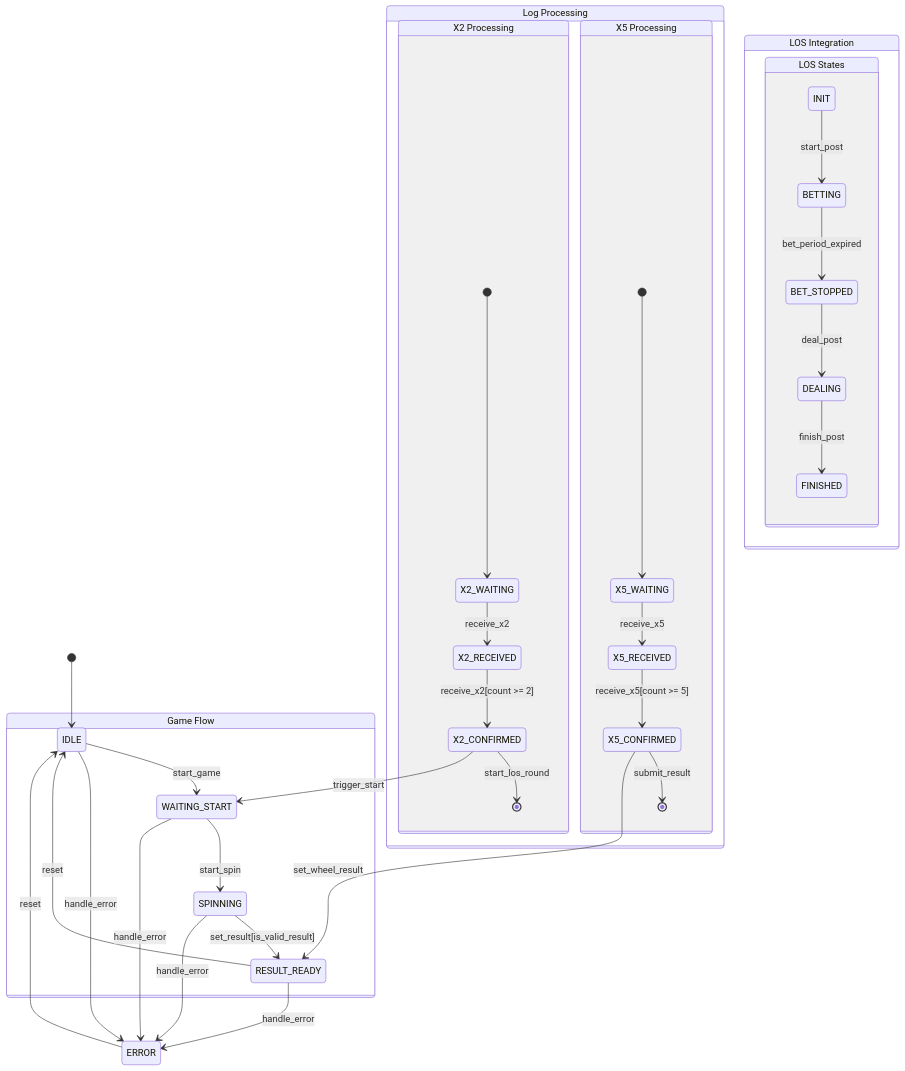
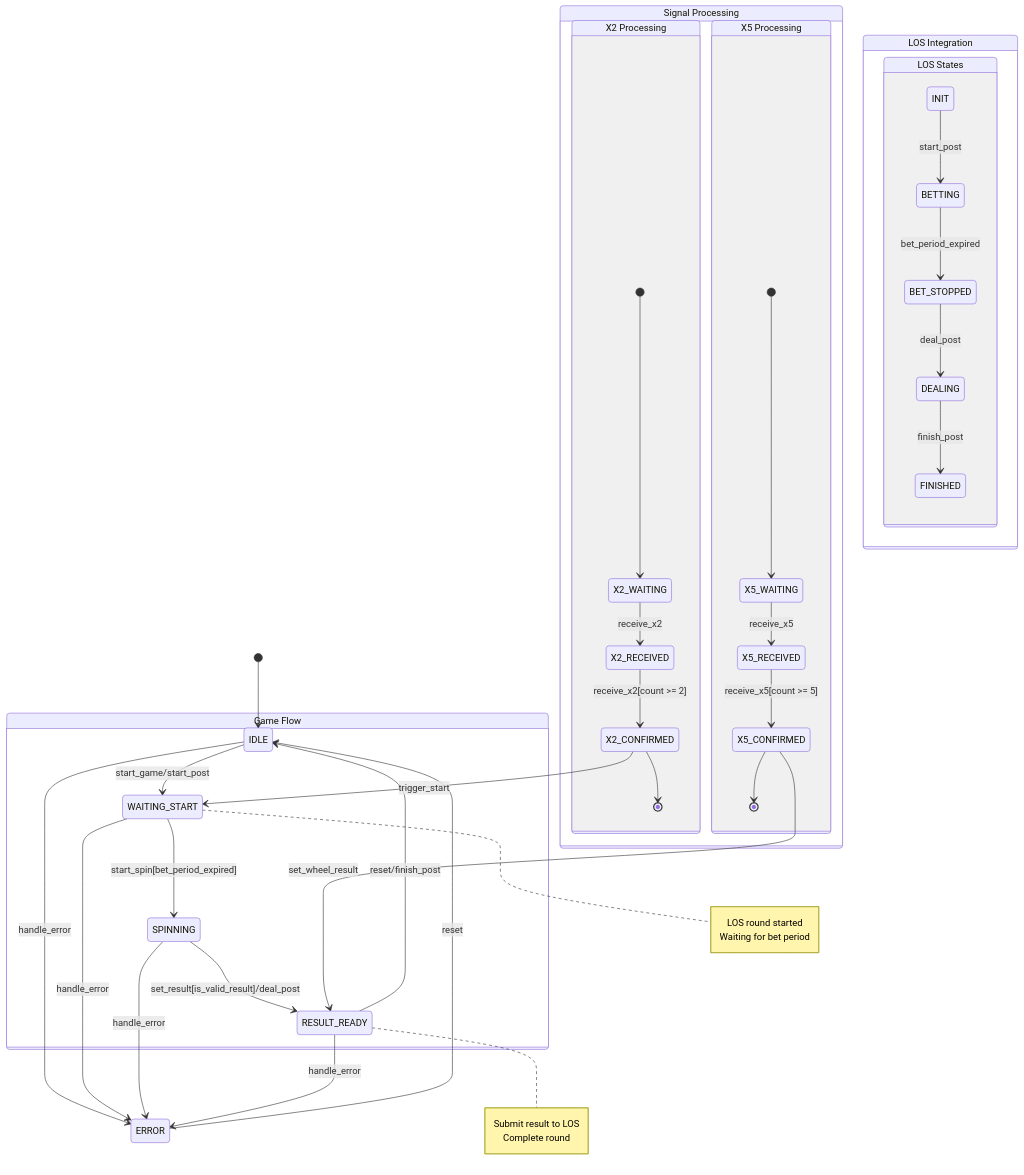
One commit to ikigai-kevin-k/studio-sdp-mirror changed the second of 6 diagrams in src/refactor/README.md. Above: the diagram before and after it, drawn with Mermaid. The commit also changed 1 other file, not shown here.

Commit message:
modified roulette state machine

````diff
--- a/src/refactor/README.md
+++ b/src/refactor/README.md
@@ -38,46 +38,56 @@
 ```mermaid
 stateDiagram-v2
     [*] --> IDLE
     
     state "Game Flow" as GF {
-        IDLE --> WAITING_START: start_game
-        WAITING_START --> SPINNING: start_spin
-        SPINNING --> RESULT_READY: set_result[is_valid_result]
-        RESULT_READY --> IDLE: reset
+        IDLE --> WAITING_START: start_game/start_post
+        WAITING_START --> SPINNING: start_spin[bet_period_expired]
+        SPINNING --> RESULT_READY: set_result[is_valid_result]/deal_post
+        RESULT_READY --> IDLE: reset/finish_post
     }
     
-    state "Log Processing" as SP {
+    state "Signal Processing" as SP {
         state "X2 Processing" as X2 {
             [*] --> X2_WAITING
             X2_WAITING --> X2_RECEIVED: receive_x2
             X2_RECEIVED --> X2_CONFIRMED: receive_x2[count >= 2]
-            X2_CONFIRMED --> [*]: start_los_round
+            X2_CONFIRMED --> [*]
         }
         
         state "X5 Processing" as X5 {
             [*] --> X5_WAITING
             X5_WAITING --> X5_RECEIVED: receive_x5
             X5_RECEIVED --> X5_CONFIRMED: receive_x5[count >= 5]
-            X5_CONFIRMED --> [*]: submit_result
+            X5_CONFIRMED --> [*]
         }
     }
     
     state "LOS Integration" as LOS {
         state "LOS States" as LS {
             INIT --> BETTING: start_post
             BETTING --> BET_STOPPED: bet_period_expired
             BET_STOPPED --> DEALING: deal_post
             DEALING --> FINISHED: finish_post
         }
     }
     
     X2_CONFIRMED --> WAITING_START: trigger_start
     X5_CONFIRMED --> RESULT_READY: set_wheel_result
     
     state ERROR
     IDLE --> ERROR: handle_error
     WAITING_START --> ERROR: handle_error
     SPINNING --> ERROR: handle_error
     RESULT_READY --> ERROR: handle_error
     ERROR --> IDLE: reset
+    
+    note right of WAITING_START
+        LOS round started
+        Waiting for bet period
+    end note
+    
+    note right of RESULT_READY
+        Submit result to LOS
+        Complete round
+    end note
 ```
````
